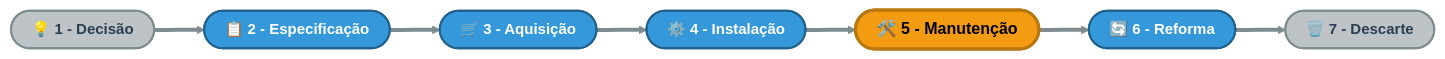
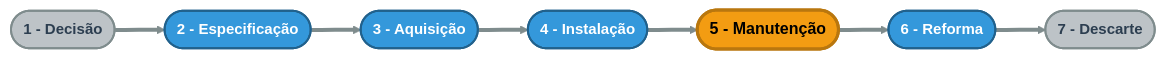
Before and after one commit to rafasfer2/MiningAnalyticsBook: the eighth of 10 diagrams in chapters/cap2-modelos-gestao.qmd, drawn with Mermaid. The commit also changed other lines of this file and 3 other files, not shown here.

Commit message:
Cap2: corrigir render dos diagramas Mermaid e atualizar output

````diff
--- a/chapters/cap2-modelos-gestao.qmd
+++ b/chapters/cap2-modelos-gestao.qmd
@@ -1196,36 +1195,36 @@
 ```{mermaid}
 %%| label: fig-ciclo-vida-ativo
 %%| fig-cap: "Ciclo de Vida do Ativo e Fases da Manutenção"
 
 flowchart LR
 
     %% --- CONFIGURAÇÃO DE ESTILOS ---
     %% Estilo para o Início e Fim (Limites do Ciclo)
     classDef boundary fill:#bdc3c7,stroke:#7f8c8d,stroke-width:2px,color:#2c3e50,font-size:15px,font-weight:bold
 
     %% Estilo Padrão para etapas de Engenharia/Suprimentos
     classDef standard fill:#3498db,stroke:#21618c,stroke-width:2px,color:#ffffff,font-size:15px,font-weight:bold
 
     %% Estilo de Destaque para a Manutenção (A fase mais longa e crítica)
     classDef highlight fill:#f39c12,stroke:#b9770e,stroke-width:3px,color:#000000,font-size:16px,font-weight:bold
 
-    %% --- ESTRUTURA DOS NÓS (Adicionado &nbsp; para evitar esmagamento) ---
-    S1(["&nbsp;&nbsp;💡 1 - Decisão&nbsp;&nbsp;"])
-    S2(["&nbsp;&nbsp;📋 2 - Especificação&nbsp;&nbsp;"])
-    S3(["&nbsp;&nbsp;🛒 3 - Aquisição&nbsp;&nbsp;"])
-    S4(["&nbsp;&nbsp;⚙️ 4 - Instalação&nbsp;&nbsp;"])
-    S5(["&nbsp;&nbsp;🛠️ 5 - Manutenção&nbsp;&nbsp;"])
-    S6(["&nbsp;&nbsp;🔄 6 - Reforma&nbsp;&nbsp;"])
-    S7(["&nbsp;&nbsp;🗑️ 7 - Descarte&nbsp;&nbsp;"])
+    %% --- ESTRUTURA DOS NÓS (Versão compatível para renderização estável) ---
+    S1(["1 - Decisão"])
+    S2(["2 - Especificação"])
+    S3(["3 - Aquisição"])
+    S4(["4 - Instalação"])
+    S5(["5 - Manutenção"])
+    S6(["6 - Reforma"])
+    S7(["7 - Descarte"])
 
     %% --- CONEXÕES (A linha do tempo) ---
     S1 ==> S2 ==> S3 ==> S4 ==> S5 ==> S6 ==> S7
 
     %% Engrossando a linha direcional para dar peso ao ciclo
     linkStyle default stroke:#7f8c8d,stroke-width:4px
 
     %% --- APLICAÇÃO DOS ESTILOS ---
     class S1,S7 boundary;
     class S2,S3,S4,S6 standard;
     class S5 highlight;
 ```
````
